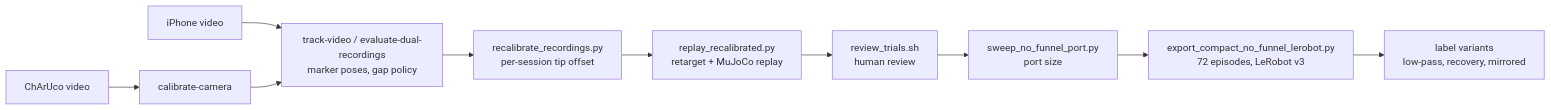
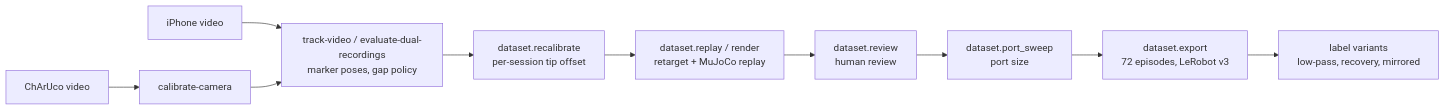
The diagram in documentation/pipeline.md (1clarkj/MimicVLA), drawn with Mermaid before and after one commit. The commit also changed other lines of this file and 17 other files, not shown here.

First line of the commit message:
Remove the funnel port; restore replay rescoring

````diff
--- a/documentation/pipeline.md
+++ b/documentation/pipeline.md
@@ -12,11 +12,11 @@
 ```mermaid
 flowchart LR
     A[iPhone video] --> B[track-video / evaluate-dual-recordings<br>marker poses, gap policy]
     C[ChArUco video] --> D[calibrate-camera] --> B
-    B --> E[recalibrate_recordings.py<br>per-session tip offset]
-    E --> F[replay_recalibrated.py<br>retarget + MuJoCo replay]
-    F --> G[review_trials.sh<br>human review]
-    G --> H[sweep_no_funnel_port.py<br>port size]
-    H --> I[export_compact_no_funnel_lerobot.py<br>72 episodes, LeRobot v3]
+    B --> E[dataset.recalibrate<br>per-session tip offset]
+    E --> F[dataset.replay / render<br>retarget + MuJoCo replay]
+    F --> G[dataset.review<br>human review]
+    G --> H[dataset.port_sweep<br>port size]
+    H --> I[dataset.export<br>72 episodes, LeRobot v3]
     I --> J[label variants<br>low-pass, recovery, mirrored]
 ```
````
